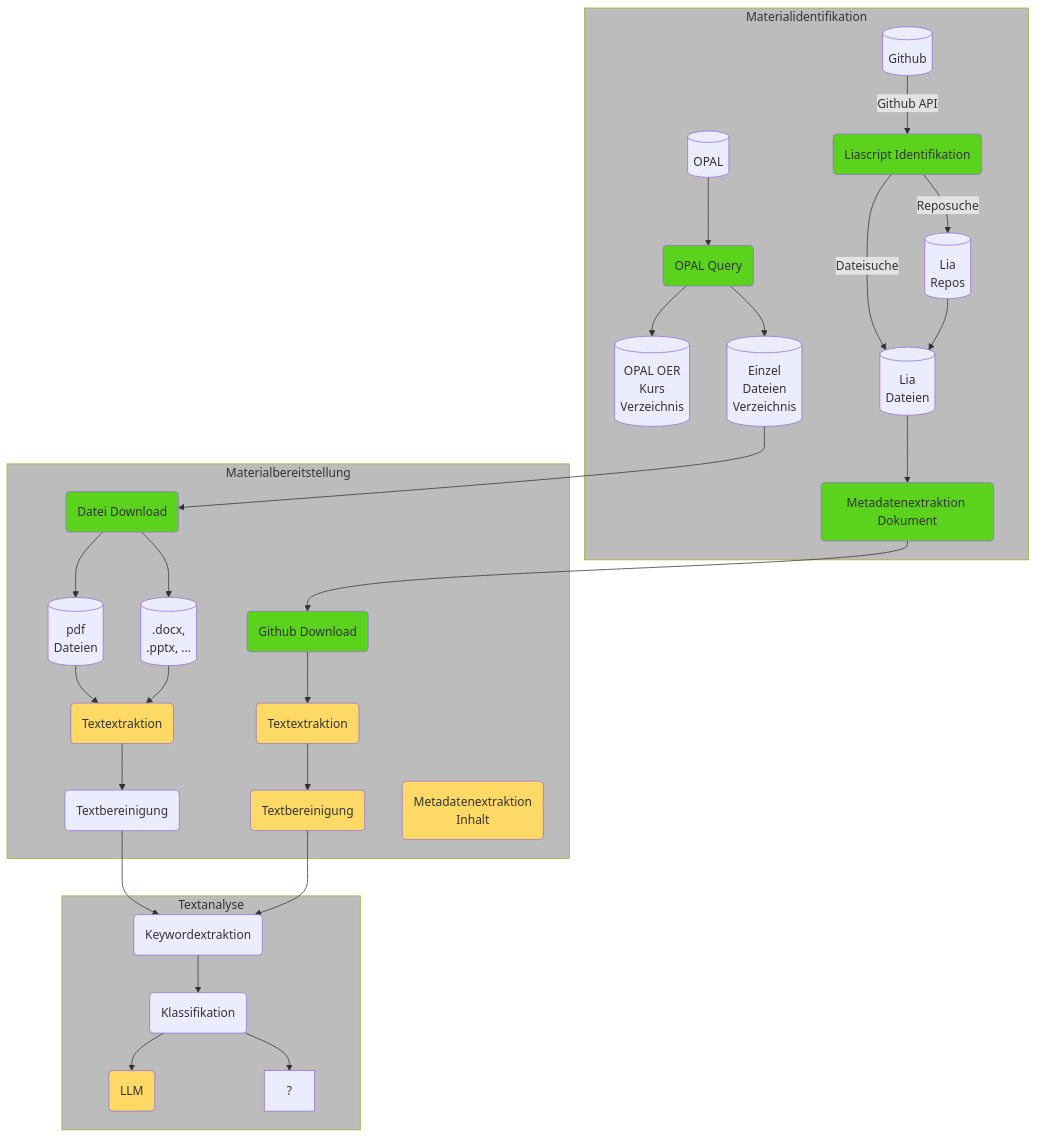
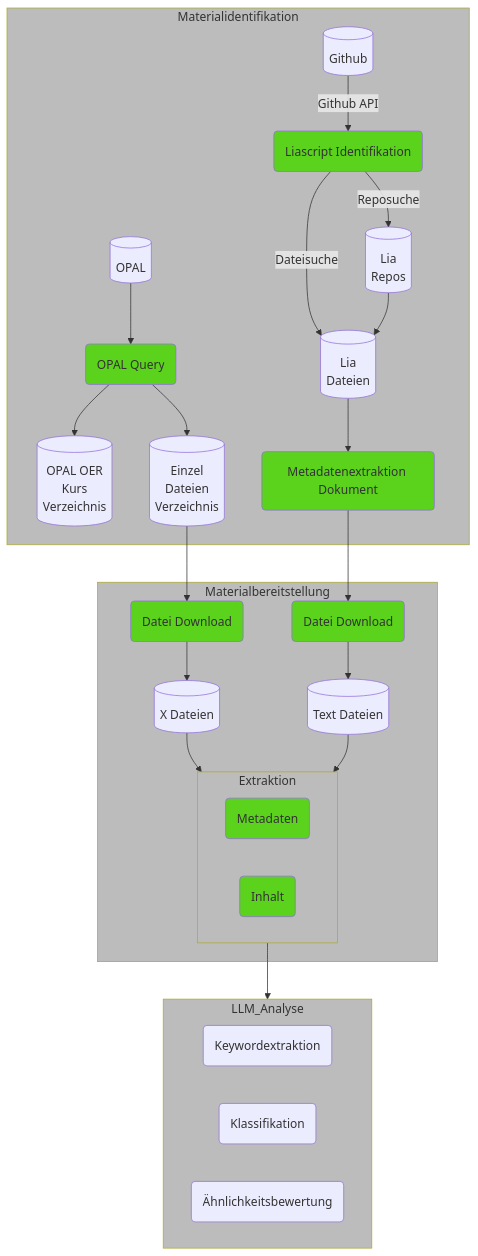
Before and after one commit to TUBAF-IFI-ConnectedLecturer/.github: the diagram in profile/README.md, drawn with Mermaid.

````diff
--- a/profile/README.md
+++ b/profile/README.md
@@ -19,52 +19,49 @@
 ```mermaid
 flowchart TD
 
     classDef green fill:#5bd21c
     classDef yellow fill:#ffd966
     classDef gray fill:#bcbcbc
 
     subgraph Materialidentifikation
     OPAL[(OPAL)] --> OPAL_QUERY(OPAL Query)
     OPAL_QUERY:::green
     OPAL_QUERY --> OPAL_REPOS[(OPAL OER\nKurs\nVerzeichnis)]
     OPAL_QUERY --> OPAL_FILES[(Einzel\nDateien\nVerzeichnis)]
     LIA_IDENT(Liascript Identifikation)
     GITHUB[(Github)] --> |Github API| LIA_IDENT:::green
     LIA_IDENT --> |Dateisuche| LIA_FILES[(Lia\nDateien)]
     LIA_REPOS --> LIA_FILES
     LIA_IDENT --> |Reposuche| LIA_REPOS[(Lia\nRepos)]
     LIA_FILES --> FEATURE_EXTRACTION_LIA(Metadatenextraktion Dokument)
     FEATURE_EXTRACTION_LIA:::green
     end
 
     subgraph Materialbereitstellung
     FILE_DOWNLOAD(Datei Download)
-    FILE_DOWNLOAD:::green --> PDFS[(pdf\n Dateien)]
-    FILE_DOWNLOAD --> OFFICE[(.docx,\n.pptx, ...)]
-    PDFS --> TEXTEXTRAKTION_OPAL(Textextraktion)
-    OFFICE --> TEXTEXTRAKTION_OPAL(Textextraktion)
-    TEXTEXTRAKTION_OPAL:::yellow
-    TEXTEXTRAKTION_OPAL --> TEXTPREPROCESSING_OPAL(Textbereinigung)
-    GITHUB_DOWNLOAD(Github Download)
-    GITHUB_DOWNLOAD:::green --> TEXTEXTRAKTION_LIA(Textextraktion)
-    TEXTEXTRAKTION_LIA:::yellow
-    TEXTEXTRAKTION_LIA --> TEXTPREPROCESSING_LIA(Textbereinigung)
-    TEXTPREPROCESSING_LIA:::yellow
-    METADATENEXTRAKTION(Metadatenextraktion \n Inhalt)
-    METADATENEXTRAKTION:::yellow
+    FILE_DOWNLOAD:::green --> OPALFILES[(X Dateien)]
+    GITHUB_DOWNLOAD(Datei Download)
+    GITHUB_DOWNLOAD:::green --> LIAFILES[(Text Dateien)]
+    subgraph Extraktion
+    METADATENEXTRAKTION(Metadaten)
+    METADATENEXTRAKTION:::green
+    INHALTSEXTRAKTION(Inhalt)
+    INHALTSEXTRAKTION:::green
+      end
+      OPALFILES[(X Dateien)] --> Extraktion
+      LIAFILES[(Text Dateien)] --> Extraktion
     end
 
-    subgraph Textanalyse
-    KEYWORDEXTRAKTION(Keywordextraktion) --> KLASSIFIKATION(Klassifikation)
-    KLASSIFIKATION --> LLM(LLM)
-    LLM:::yellow
-    KLASSIFIKATION --> ?
-     end
+    subgraph LLM_Analyse
+    KEYWORDEXTRAKTION(Keywordextraktion) 
+    KLASSIFIKATION(Klassifikation)
+    AEHNLICHKEITSANALYSE(Ähnlichkeitsbewertung)
+    end
 
-    OPAL_FILES -->  FILE_DOWNLOAD
+
     FEATURE_EXTRACTION_LIA -->  GITHUB_DOWNLOAD
-    TEXTPREPROCESSING_OPAL --> KEYWORDEXTRAKTION
-    TEXTPREPROCESSING_LIA --> KEYWORDEXTRAKTION
+    OPAL_FILES --> FILE_DOWNLOAD
+    Extraktion --> LLM_Analyse
 
-    class Materialidentifikation,Materialbereitstellung,Textanalyse gray
+    class Materialidentifikation,Materialbereitstellung,LLM_Analyse,Extraktion gray
 ```
````
